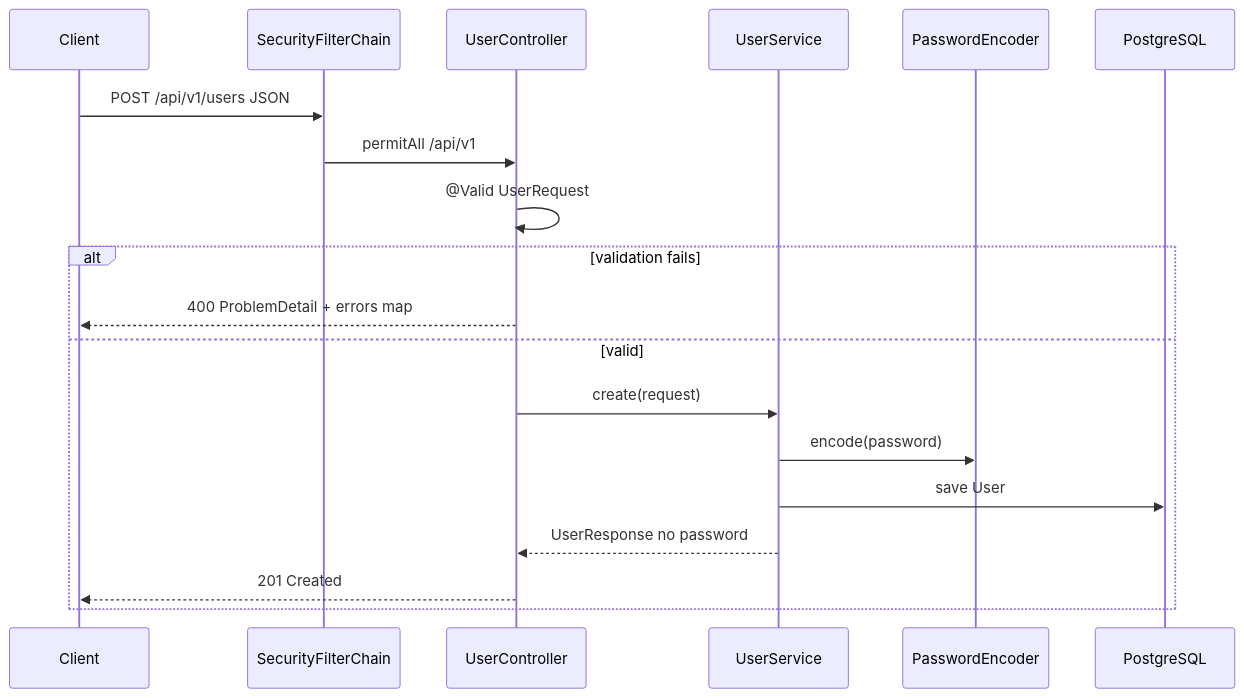
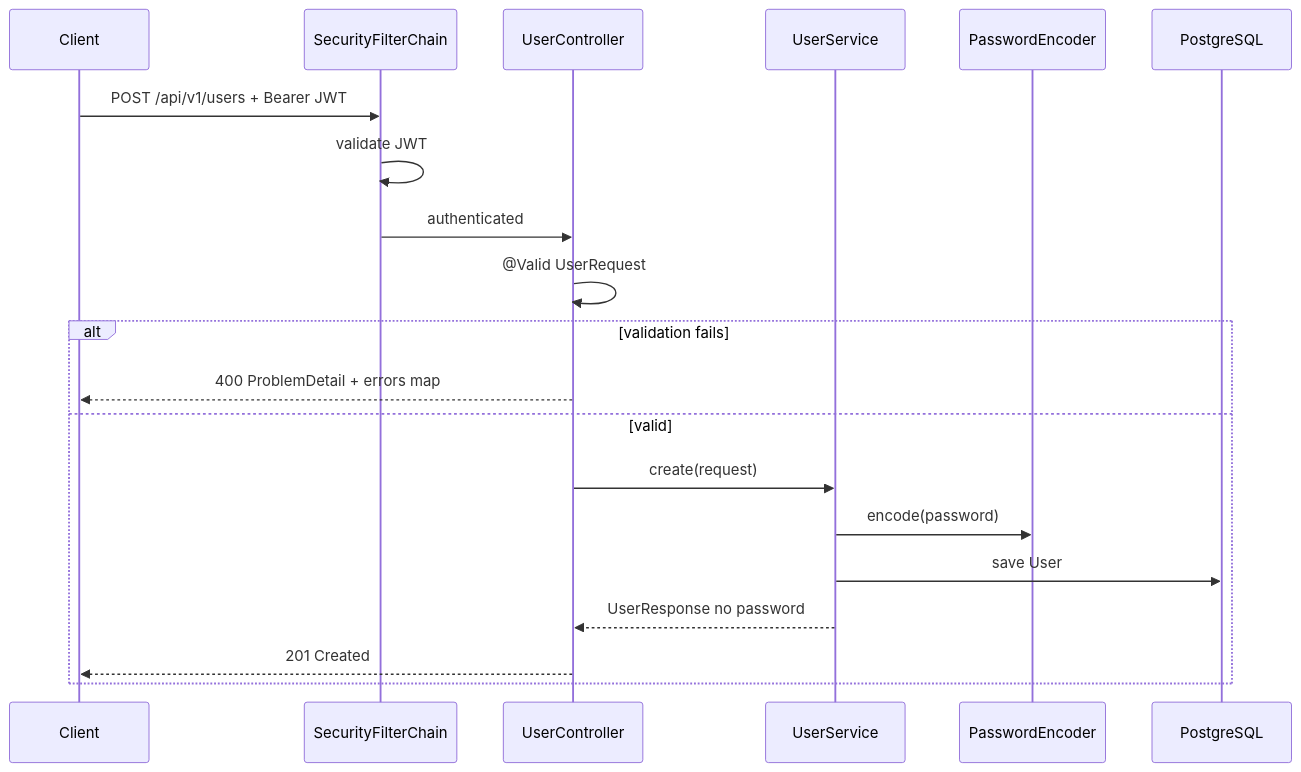
One commit to KleilsonSantos/VaultSpring changed the second of 2 diagrams in docs/api.md. Above: the diagram before and after it, drawn with Mermaid. The commit also changed other lines of this file and 79 other files, not shown here.

First line of the commit message:
feat(security): JWT login, Vault dev scripts, sandbox flow, and API test suite (#6)

````diff
--- a/docs/api.md
+++ b/docs/api.md
@@ -81,22 +110,23 @@
 ```mermaid
 sequenceDiagram
   participant C as Client
   participant SC as SecurityFilterChain
   participant UC as UserController
   participant US as UserService
   participant PE as PasswordEncoder
   participant DB as PostgreSQL
 
-  C->>SC: POST /api/v1/users JSON
-  SC->>UC: permitAll /api/v1
+  C->>SC: POST /api/v1/users + Bearer JWT
+  SC->>SC: validate JWT
+  SC->>UC: authenticated
   UC->>UC: @Valid UserRequest
   alt validation fails
     UC-->>C: 400 ProblemDetail + errors map
   else valid
     UC->>US: create(request)
     US->>PE: encode(password)
     US->>DB: save User
     US-->>UC: UserResponse no password
     UC-->>C: 201 Created
   end
 ```
````
